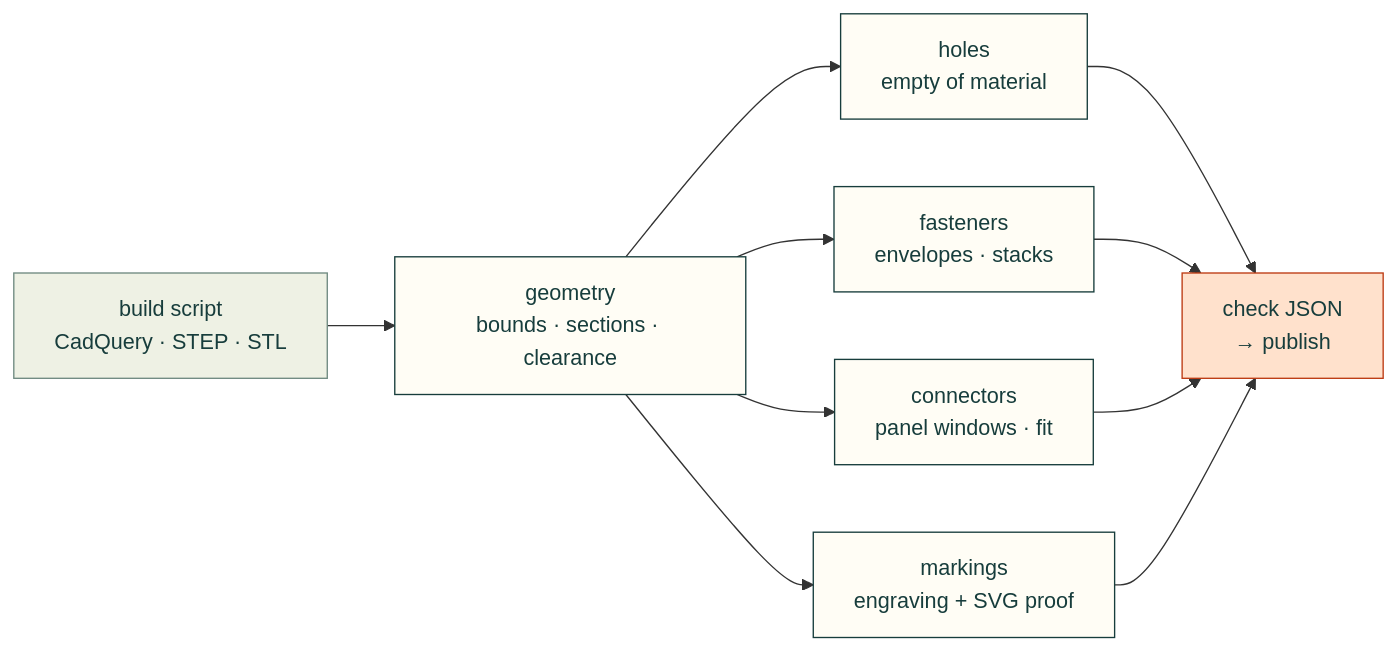
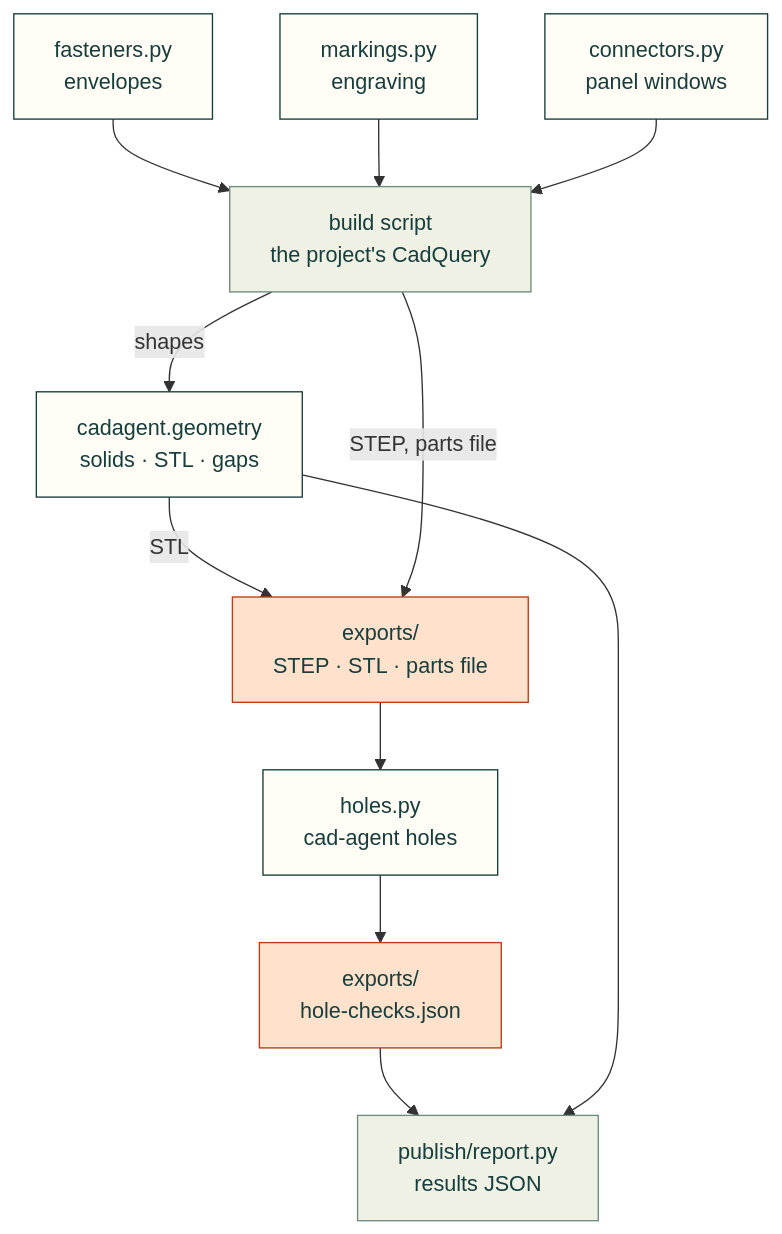
Before and after one commit to Valpatel/cad-agent: the diagram in src/cadagent/geometry/README.md, drawn with Mermaid. The commit also changed other lines of this file and 4 other files, not shown here.

First line of the commit message:
Package READMEs: diagrams top-down, arrows from the code

````diff
--- a/src/cadagent/geometry/README.md
+++ b/src/cadagent/geometry/README.md
@@ -6,15 +10,19 @@
 ```mermaid
-flowchart LR
-    B["build script<br/>CadQuery · STEP · STL"] --> M["geometry<br/>bounds · sections · clearance"]
-    M --> H["holes<br/>empty of material"]
-    M --> F["fasteners<br/>envelopes · stacks"]
-    M --> C["connectors<br/>panel windows · fit"]
-    M --> K["markings<br/>engraving + SVG proof"]
-    H & F & C & K --> R["check JSON<br/>→ publish"]
+flowchart TD
+    F["fasteners.py<br/>envelopes"] --> B
+    K["markings.py<br/>engraving"] --> B
+    C["connectors.py<br/>panel windows"] --> B
+    B["build script<br/>the project's CadQuery"] -->|"shapes"| G["cadagent.geometry<br/>solids · STL · gaps"]
+    G -->|"STL"| X["exports/<br/>STEP · STL · parts file"]
+    B -->|"STEP, parts file"| X
+    X --> H["holes.py<br/>cad-agent holes"]
+    H --> HJ["exports/<br/>hole-checks.json"]
+    HJ --> R["publish/report.py<br/>results JSON"]
+    G --> R
     classDef here fill:#fffdf5,stroke:#173d3c,color:#173d3c
     classDef near fill:#eef1e4,stroke:#6f8a80,color:#173d3c
     classDef out fill:#ffe1cc,stroke:#bd3a12,color:#173d3c
-    class M,H,F,C,K here
-    class B near
-    class R out
+    class F,K,C,G,H here
+    class B,R near
+    class X,HJ out
 ```
````
